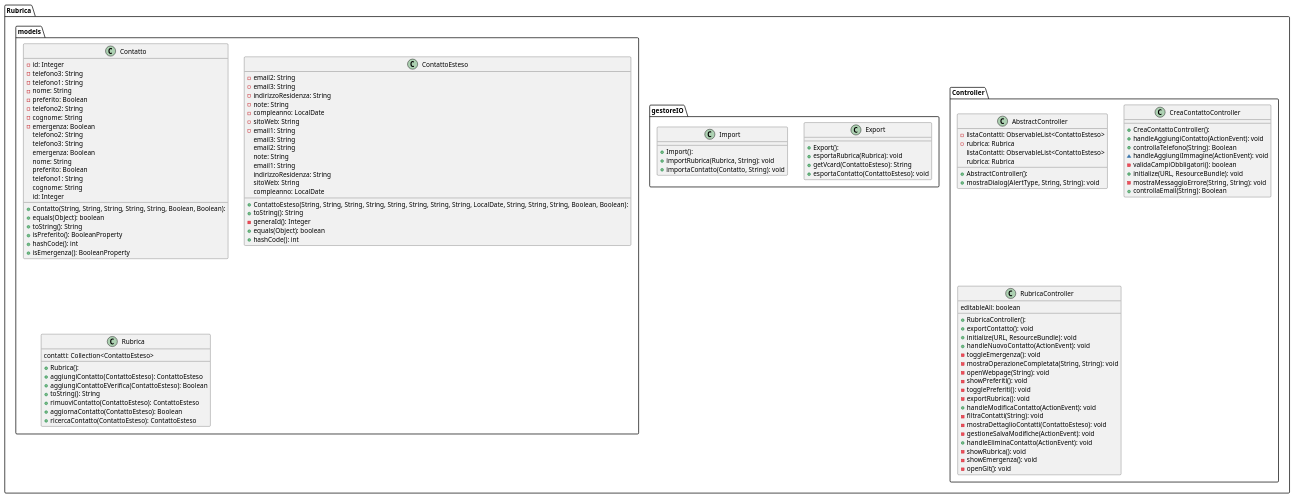
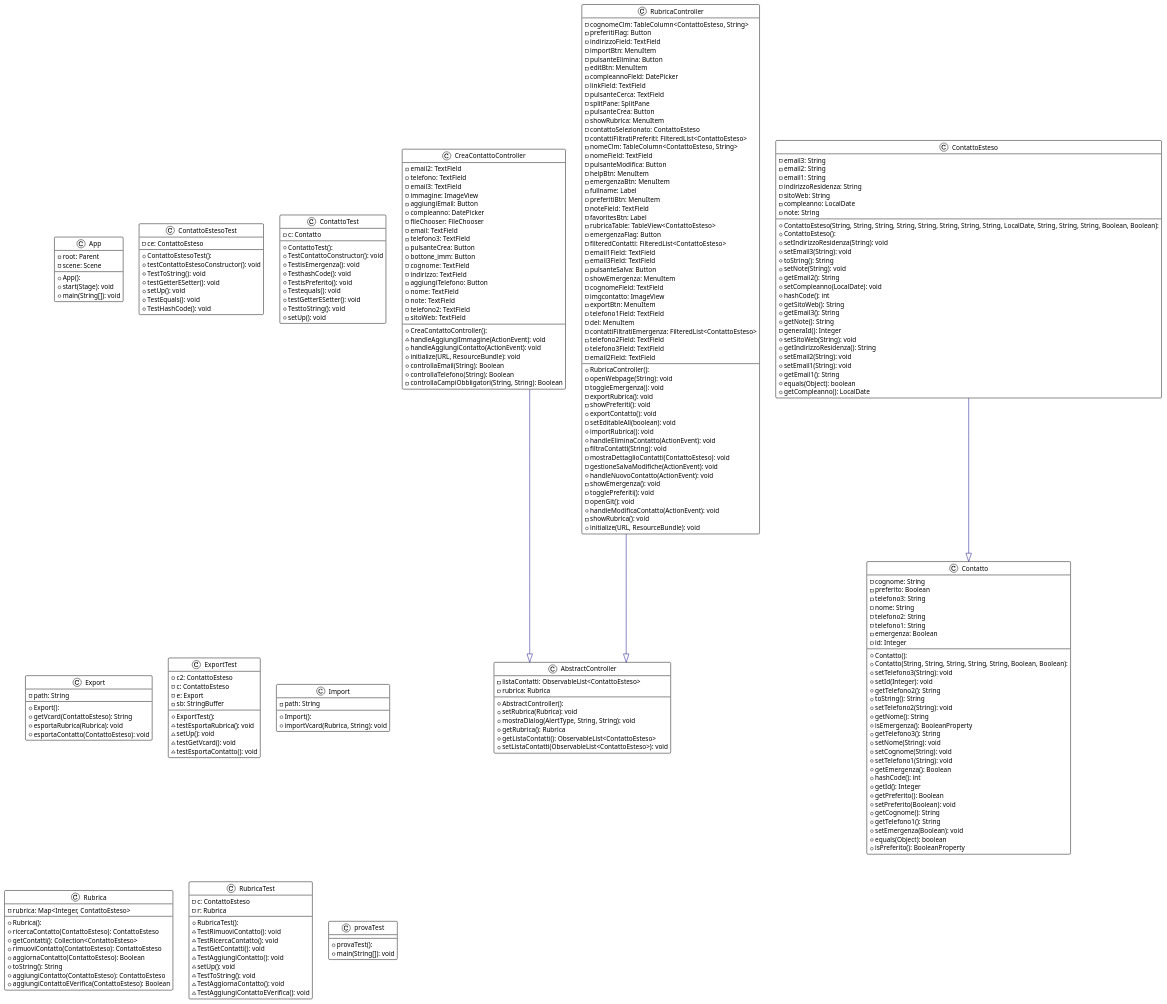
One commit to emanueletocci/uni-swe-project changed the diagram in docs/bozze/Diagrammi/Classi2/DiagrammaClassiDettagliato.puml. Above: the diagram before and after it, drawn with PlantUML.

Commit message:
aggiornamento diagramma delle classi

```diff
--- a/docs/bozze/Diagrammi/Classi2/DiagrammaClassiDettagliato.puml
+++ b/docs/bozze/Diagrammi/Classi2/DiagrammaClassiDettagliato.puml
@@ -1,125 +1,250 @@
 @startuml
 
-package Rubrica {
+!theme plain
+top to bottom direction
+skinparam linetype ortho
 
-
-    package Controller{
-        class AbstractController {
-        + AbstractController():
-        - listaContatti: ObservableList<ContattoEsteso>
-        - rubrica: Rubrica
-        + mostraDialog(AlertType, String, String): void
-         listaContatti: ObservableList<ContattoEsteso>
-         rubrica: Rubrica
-    }
-    class CreaContattoController {
-        + CreaContattoController():
-        + handleAggiungiContatto(ActionEvent): void
-        + controllaTelefono(String): Boolean
-        ~ handleAggiungiImmagine(ActionEvent): void
-        - validaCampiObbligatori(): boolean
-        + initialize(URL, ResourceBundle): void
-        - mostraMessaggioErrore(String, String): void
-        + controllaEmail(String): Boolean
-    }
-
-    class RubricaController {
-        + RubricaController():
-        + exportContatto(): void
-        + initialize(URL, ResourceBundle): void
-        + handleNuovoContatto(ActionEvent): void
-        - toggleEmergenza(): void
-        - mostraOperazioneCompletata(String, String): void
-        - openWebpage(String): void
-        - showPreferiti(): void
-        - togglePreferiti(): void
-        - exportRubrica(): void
-        + handleModificaContatto(ActionEvent): void
-        - filtraContatti(String): void
-        - mostraDettaglioContatti(ContattoEsteso): void
-        - gestioneSalvaModifiche(ActionEvent): void
-        + handleEliminaContatto(ActionEvent): void
-        - showRubrica(): void
-        - showEmergenza(): void
-        - openGit(): void
-        editableAll: boolean
-    }
+class AbstractController {
+  + AbstractController():
+  - listaContatti: ObservableList<ContattoEsteso>
+  - rubrica: Rubrica
+  + setRubrica(Rubrica): void
+  + mostraDialog(AlertType, String, String): void
+  + getRubrica(): Rubrica
+  + getListaContatti(): ObservableList<ContattoEsteso>
+  + setListaContatti(ObservableList<ContattoEsteso>): void
 }
-
-package gestoreIO{
-    class Export {
-        + Export():
-        + esportaRubrica(Rubrica): void
-        + getVcard(ContattoEsteso): String
-        + esportaContatto(ContattoEsteso): void
-    }
-
-
-    class Import {
-      + Import():
-      + importRubrica(Rubrica, String): void
-      + importaContatto(Contatto, String): void
-    }
-
-
+class App {
+  + App():
+  - root: Parent
+  - scene: Scene
+  + start(Stage): void
+  + main(String[]): void
 }
-
-package models{
 class Contatto {
+  + Contatto():
   + Contatto(String, String, String, String, String, Boolean, Boolean):
+  - cognome: String
+  - preferito: Boolean
+  - telefono3: String
+  - nome: String
+  - telefono2: String
+  - telefono1: String
+  - emergenza: Boolean
   - id: Integer
-  - telefono3: String
-  - telefono1: String
-  - nome: String
-  - preferito: Boolean
-  - telefono2: String
-  - cognome: String
-  - emergenza: Boolean
+  + setTelefono3(String): void
+  + setId(Integer): void
+  + getTelefono2(): String
+  + toString(): String
+  + setTelefono2(String): void
+  + getNome(): String
+  + isEmergenza(): BooleanProperty
+  + getTelefono3(): String
+  + setNome(String): void
+  + setCognome(String): void
+  + setTelefono1(String): void
+  + getEmergenza(): Boolean
+  + hashCode(): int
+  + getId(): Integer
+  + getPreferito(): Boolean
+  + setPreferito(Boolean): void
+  + getCognome(): String
+  + getTelefono1(): String
+  + setEmergenza(Boolean): void
   + equals(Object): boolean
-  + toString(): String
   + isPreferito(): BooleanProperty
-  + hashCode(): int
-  + isEmergenza(): BooleanProperty
-   telefono2: String
-   telefono3: String
-   emergenza: Boolean
-   nome: String
-   preferito: Boolean
-   telefono1: String
-   cognome: String
-   id: Integer
 }
 class ContattoEsteso {
   + ContattoEsteso(String, String, String, String, String, String, String, String, LocalDate, String, String, String, Boolean, Boolean):
+  + ContattoEsteso():
+  - email3: String
   - email2: String
-  - email3: String
+  - email1: String
   - indirizzoResidenza: String
+  - sitoWeb: String
+  - compleanno: LocalDate
   - note: String
-  - compleanno: LocalDate
-  - sitoWeb: String
-  - email1: String
+  + setIndirizzoResidenza(String): void
+  + setEmail3(String): void
   + toString(): String
+  + setNote(String): void
+  + getEmail2(): String
+  + setCompleanno(LocalDate): void
+  + hashCode(): int
+  + getSitoWeb(): String
+  + getEmail3(): String
+  + getNote(): String
   - generaId(): Integer
+  + setSitoWeb(String): void
+  + getIndirizzoResidenza(): String
+  + setEmail2(String): void
+  + setEmail1(String): void
+  + getEmail1(): String
   + equals(Object): boolean
-  + hashCode(): int
-   email3: String
-   email2: String
-   note: String
-   email1: String
-   indirizzoResidenza: String
-   sitoWeb: String
-   compleanno: LocalDate
+  + getCompleanno(): LocalDate
+}
+class ContattoEstesoTest {
+  + ContattoEstesoTest():
+  - ce: ContattoEsteso
+  + testContattoEstesoConstructor(): void
+  + TestToString(): void
+  + testGetterESetter(): void
+  + setUp(): void
+  + TestEquals(): void
+  + TestHashCode(): void
+}
+class ContattoTest {
+  + ContattoTest():
+  - c: Contatto
+  + TestContattoConstructor(): void
+  + TestisEmergenza(): void
+  + TesthashCode(): void
+  + TestisPreferito(): void
+  + Testequals(): void
+  + testGetterESetter(): void
+  + TesttoString(): void
+  + setUp(): void
+}
+class CreaContattoController {
+  + CreaContattoController():
+  - email2: TextField
+  - telefono: TextField
+  - email3: TextField
+  - immagine: ImageView
+  - aggiungiEmail: Button
+  - compleanno: DatePicker
+  - fileChooser: FileChooser
+  - email: TextField
+  - telefono3: TextField
+  - pulsanteCrea: Button
+  - bottone_imm: Button
+  - cognome: TextField
+  - indirizzo: TextField
+  - aggiungiTelefono: Button
+  - nome: TextField
+  - note: TextField
+  - telefono2: TextField
+  - sitoWeb: TextField
+  ~ handleAggiungiImmagine(ActionEvent): void
+  + handleAggiungiContatto(ActionEvent): void
+  + initialize(URL, ResourceBundle): void
+  + controllaEmail(String): Boolean
+  + controllaTelefono(String): Boolean
+  - controllaCampiObbligatori(String, String): Boolean
+}
+class Export {
+  + Export():
+  - path: String
+  + getVcard(ContattoEsteso): String
+  + esportaRubrica(Rubrica): void
+  + esportaContatto(ContattoEsteso): void
+}
+class ExportTest {
+  + ExportTest():
+  - c2: ContattoEsteso
+  - c: ContattoEsteso
+  - e: Export
+  - sb: StringBuffer
+  ~ testEsportaRubrica(): void
+  ~ setUp(): void
+  ~ testGetVcard(): void
+  ~ testEsportaContatto(): void
+}
+class Import {
+  + Import():
+  - path: String
+  + importVcard(Rubrica, String): void
 }
 class Rubrica {
   + Rubrica():
+  - rubrica: Map<Integer, ContattoEsteso>
+  + ricercaContatto(ContattoEsteso): ContattoEsteso
+  + getContatti(): Collection<ContattoEsteso>
+  + rimuoviContatto(ContattoEsteso): ContattoEsteso
+  + aggiornaContatto(ContattoEsteso): Boolean
+  + toString(): String
   + aggiungiContatto(ContattoEsteso): ContattoEsteso
   + aggiungiContattoEVerifica(ContattoEsteso): Boolean
-  + toString(): String
-  + rimuoviContatto(ContattoEsteso): ContattoEsteso
-  + aggiornaContatto(ContattoEsteso): Boolean
-  + ricercaContatto(ContattoEsteso): ContattoEsteso
-   contatti: Collection<ContattoEsteso>
+}
+class RubricaController {
+  + RubricaController():
+  - cognomeClm: TableColumn<ContattoEsteso, String>
+  - preferitiFlag: Button
+  - indirizzoField: TextField
+  - importBtn: MenuItem
+  - pulsanteElimina: Button
+  - editBtn: MenuItem
+  - compleannoField: DatePicker
+  - linkField: TextField
+  - pulsanteCerca: TextField
+  - splitPane: SplitPane
+  - pulsanteCrea: Button
+  - showRubrica: MenuItem
+  - contattoSelezionato: ContattoEsteso
+  - contattiFiltratiPreferiti: FilteredList<ContattoEsteso>
+  - nomeClm: TableColumn<ContattoEsteso, String>
+  - nomeField: TextField
+  - pulsanteModifica: Button
+  - helpBtn: MenuItem
+  - emergenzaBtn: MenuItem
+  - fullname: Label
+  - preferitiBtn: MenuItem
+  - noteField: TextField
+  - favoritesBtn: Label
+  - rubricaTable: TableView<ContattoEsteso>
+  - emergenzaFlag: Button
+  - filteredContatti: FilteredList<ContattoEsteso>
+  - email1Field: TextField
+  - email3Field: TextField
+  - pulsanteSalva: Button
+  - showEmergenza: MenuItem
+  - cognomeField: TextField
+  - imgcontatto: ImageView
+  - exportBtn: MenuItem
+  - telefono1Field: TextField
+  - del: MenuItem
+  - contattiFiltratiEmergenza: FilteredList<ContattoEsteso>
+  - telefono2Field: TextField
+  - telefono3Field: TextField
+  - email2Field: TextField
+  - openWebpage(String): void
+  - toggleEmergenza(): void
+  - exportRubrica(): void
+  - showPreferiti(): void
+  + exportContatto(): void
+  - setEditableAll(boolean): void
+  + importRubrica(): void
+  + handleEliminaContatto(ActionEvent): void
+  - filtraContatti(String): void
+  - mostraDettaglioContatti(ContattoEsteso): void
+  - gestioneSalvaModifiche(ActionEvent): void
+  + handleNuovoContatto(ActionEvent): void
+  - showEmergenza(): void
+  - togglePreferiti(): void
+  - openGit(): void
+  + handleModificaContatto(ActionEvent): void
+  - showRubrica(): void
+  + initialize(URL, ResourceBundle): void
+}
+class RubricaTest {
+  + RubricaTest():
+  - c: ContattoEsteso
+  - r: Rubrica
+  ~ TestRimuoviContatto(): void
+  ~ TestRicercaContatto(): void
+  ~ TestGetContatti(): void
+  ~ TestAggiungiContatto(): void
+  ~ setUp(): void
+  ~ TestToString(): void
+  ~ TestAggiornaContatto(): void
+  ~ TestAggiungiContattoEVerifica(): void
+}
+class provaTest {
+  + provaTest():
+  + main(String[]): void
 }
 
-}
+ContattoEsteso          -[#000082,plain]-^  Contatto
+CreaContattoController  -[#000082,plain]-^  AbstractController
+RubricaController       -[#000082,plain]-^  AbstractController
 @enduml
```
